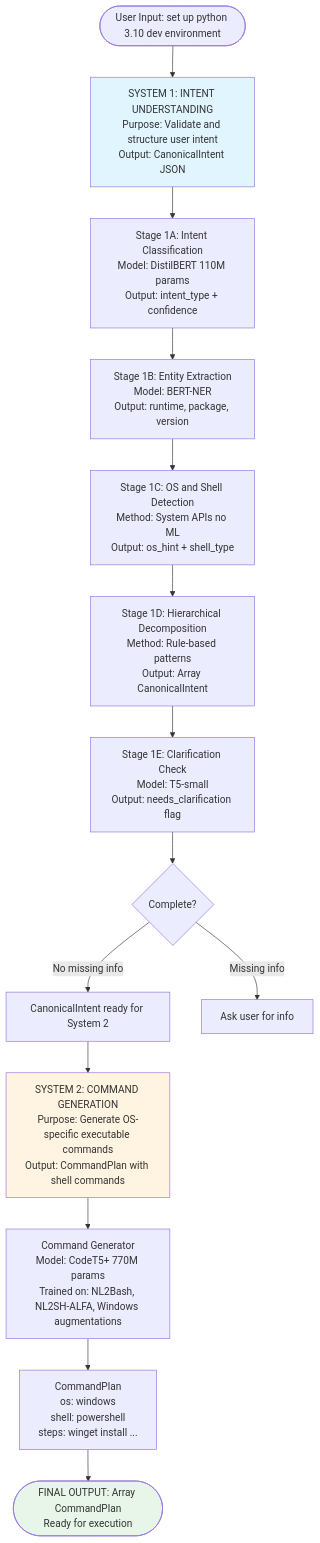
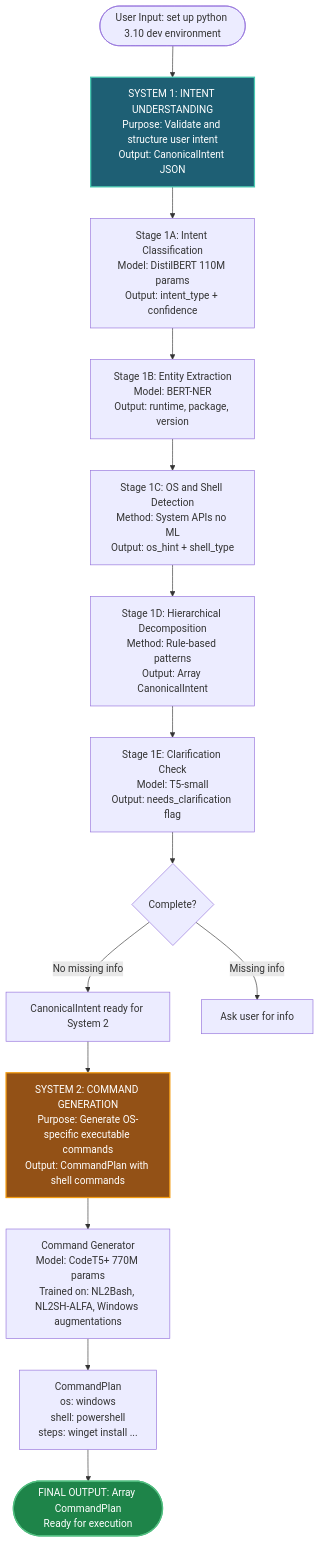
The first of 7 diagrams in docs/ARCHITECTURE_DIAGRAM.md (sumit-s-nair/contAIner), drawn with Mermaid before and after one commit. The commit also changed other lines of this file and 2 other files, not shown here.

Commit message:
docs: update architecture diagrams with new color scheme

````diff
--- a/docs/ARCHITECTURE_DIAGRAM.md
+++ b/docs/ARCHITECTURE_DIAGRAM.md
@@ -5,55 +5,55 @@
 ```mermaid
 flowchart TD
     Start(["User Input: set up python 3.10 dev environment"]) --> System1
     
     System1["SYSTEM 1: INTENT UNDERSTANDING
 Purpose: Validate and structure user intent
 Output: CanonicalIntent JSON"]
     System1 --> Stage1A
     
     Stage1A["Stage 1A: Intent Classification
 Model: DistilBERT 110M params
 Output: intent_type + confidence"] --> Stage1B
     
     Stage1B["Stage 1B: Entity Extraction
 Model: BERT-NER
 Output: runtime, package, version"] --> Stage1C
     
     Stage1C["Stage 1C: OS and Shell Detection
 Method: System APIs no ML
 Output: os_hint + shell_type"] --> Stage1D
     
     Stage1D["Stage 1D: Hierarchical Decomposition
 Method: Rule-based patterns
 Output: Array CanonicalIntent"] --> Stage1E
     
     Stage1E["Stage 1E: Clarification Check
 Model: T5-small
 Output: needs_clarification flag"] --> Complete{Complete?}
     
     Complete -->|"No missing info"| Ready["CanonicalIntent ready for System 2"]
     Complete -->|"Missing info"| AskUser["Ask user for info"]
     
     Ready --> System2
     
     System2["SYSTEM 2: COMMAND GENERATION
 Purpose: Generate OS-specific executable commands
 Output: CommandPlan with shell commands"]
     System2 --> Generator
     
     Generator["Command Generator
 Model: CodeT5+ 770M params
 Trained on: NL2Bash, NL2SH-ALFA, Windows augmentations"] --> Plan
     
     Plan["CommandPlan
 os: windows
 shell: powershell
 steps: winget install ..."] --> Final
     
     Final(["FINAL OUTPUT: Array CommandPlan
 Ready for execution"])
     
-    style System1 fill:#e1f5ff
-    style System2 fill:#fff4e1
-    style Final fill:#e8f5e9
+    style System1 fill:#1e5f74,stroke:#48c9b0,stroke-width:2px,color:#fff
+    style System2 fill:#935116,stroke:#f39c12,stroke-width:2px,color:#fff
+    style Final fill:#1e8449,stroke:#52be80,stroke-width:2px,color:#fff
 ```
````
